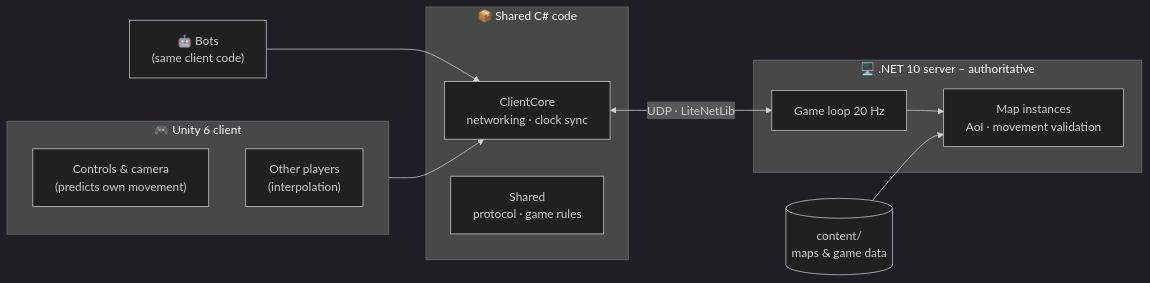
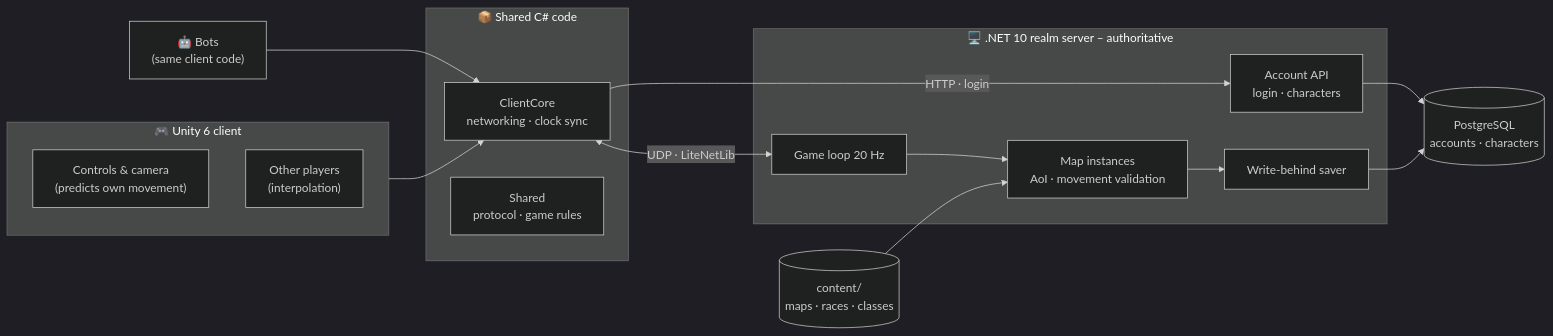
Before and after one commit to Mad-Mange/Madlands: the diagram in README.md, drawn with Mermaid (dark theme). The commit also changed other lines of this file and 77 other files, not shown here.

````diff
--- a/README.md
+++ b/README.md
@@ -89,23 +113,30 @@
 ```mermaid
 flowchart LR
     subgraph client["🎮 Unity 6 client"]
         input["Controls & camera<br/>(predicts own movement)"]
         view["Other players<br/>(interpolation)"]
     end
     subgraph shared["📦 Shared C# code"]
         core["ClientCore<br/>networking · clock sync"]
         sh["Shared<br/>protocol · game rules"]
     end
-    subgraph server["🖥️ .NET 10 server – authoritative"]
+    subgraph server["🖥️ .NET 10 realm server – authoritative"]
+        api["Account API<br/>login · characters"]
         loop["Game loop 20 Hz"]
         maps["Map instances<br/>AoI · movement validation"]
+        saver["Write-behind saver"]
         loop --> maps
+        maps --> saver
     end
     bots["🤖 Bots<br/>(same client code)"]
-    content[("content/<br/>maps & game data")]
+    content[("content/<br/>maps · races · classes")]
+    db[("PostgreSQL<br/>accounts · characters")]
 
     client --> core
     bots --> core
+    core -->|"HTTP · login"| api
     core <-->|"UDP · LiteNetLib"| loop
     content --> maps
+    api --> db
+    saver --> db
 ```
````
